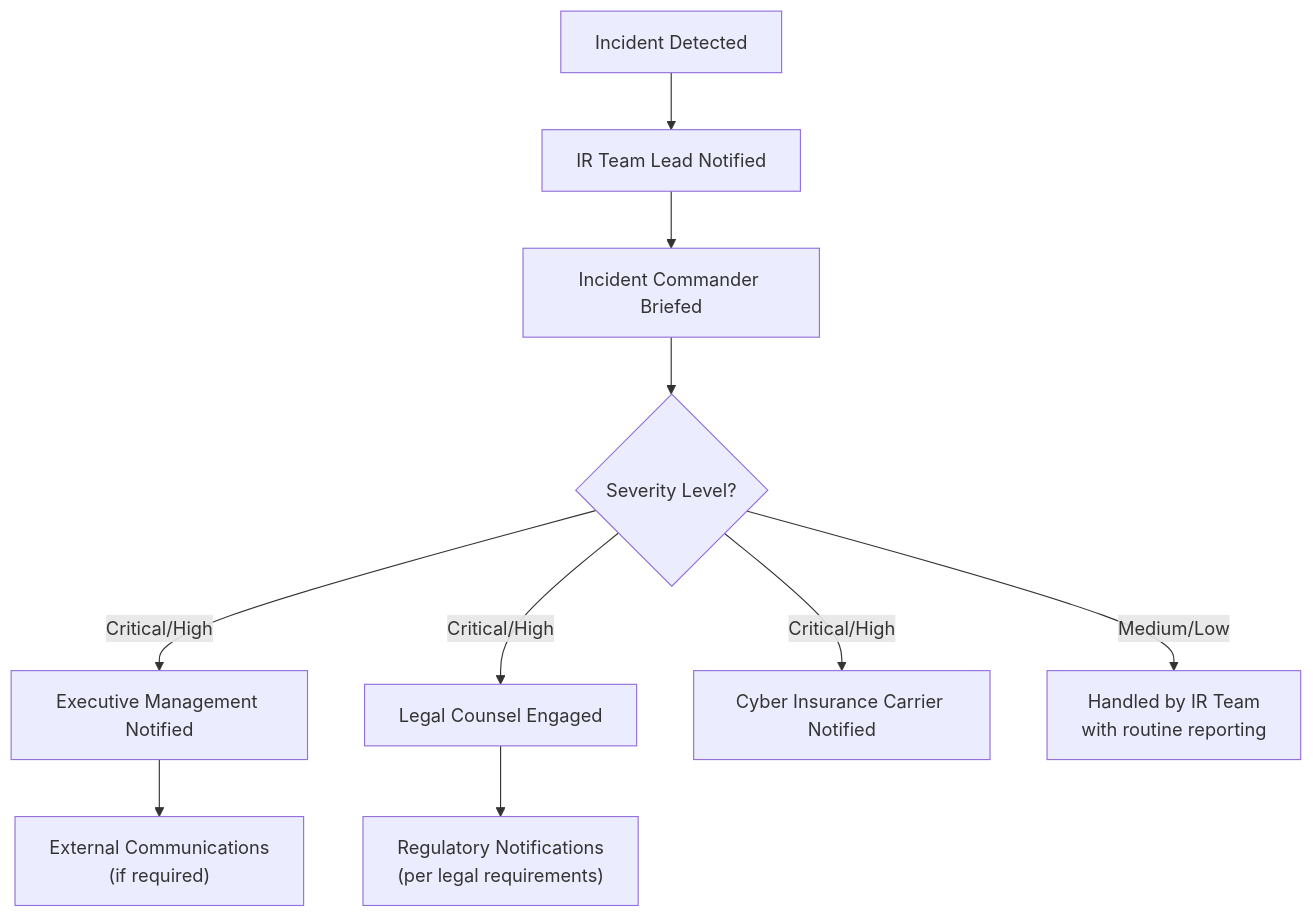
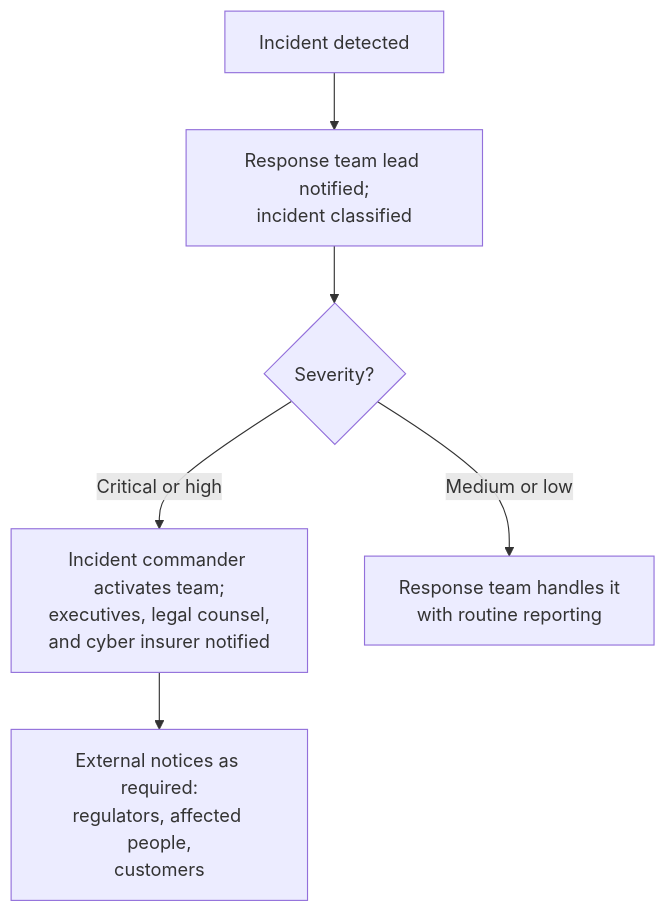
One commit to subwaymatch/cpabear-book changed the diagram in docs/isc/confidentiality-privacy-and-incident-response/incident-response.md. Above: the diagram before and after it, drawn with Mermaid. The commit also changed other lines of this file and 204 other files, not shown here.

First line of the commit message:
Update the book for the 2027 CPA Exam Blueprints, fix dark-mode diagrams, add diagram zoom (#49)

````diff
--- a/docs/isc/confidentiality-privacy-and-incident-response/incident-response.md
+++ b/docs/isc/confidentiality-privacy-and-incident-response/incident-response.md
@@ -122,12 +88,8 @@
 ```mermaid
 graph TD
-    A["Incident Detected"] --> B["IR Team Lead Notified"]
-    B --> C["Incident Commander Briefed"]
-    C --> D{"Severity Level?"}
-    D -->|Critical/High| E["Executive Management Notified"]
-    D -->|Critical/High| F["Legal Counsel Engaged"]
-    D -->|Critical/High| G["Cyber Insurance Carrier Notified"]
-    E --> H["External Communications<br/>(if required)"]
-    F --> I["Regulatory Notifications<br/>(per legal requirements)"]
-    D -->|Medium/Low| J["Handled by IR Team<br/>with routine reporting"]
+    A["Incident detected"] --> B["Response team lead notified;<br/>incident classified"]
+    B --> C{"Severity?"}
+    C -->|"Critical or high"| D["Incident commander activates team;<br/>executives, legal counsel,<br/>and cyber insurer notified"]
+    C -->|"Medium or low"| E["Response team handles it<br/>with routine reporting"]
+    D --> F["External notices as required:<br/>regulators, affected people,<br/>customers"]
 ```
````
